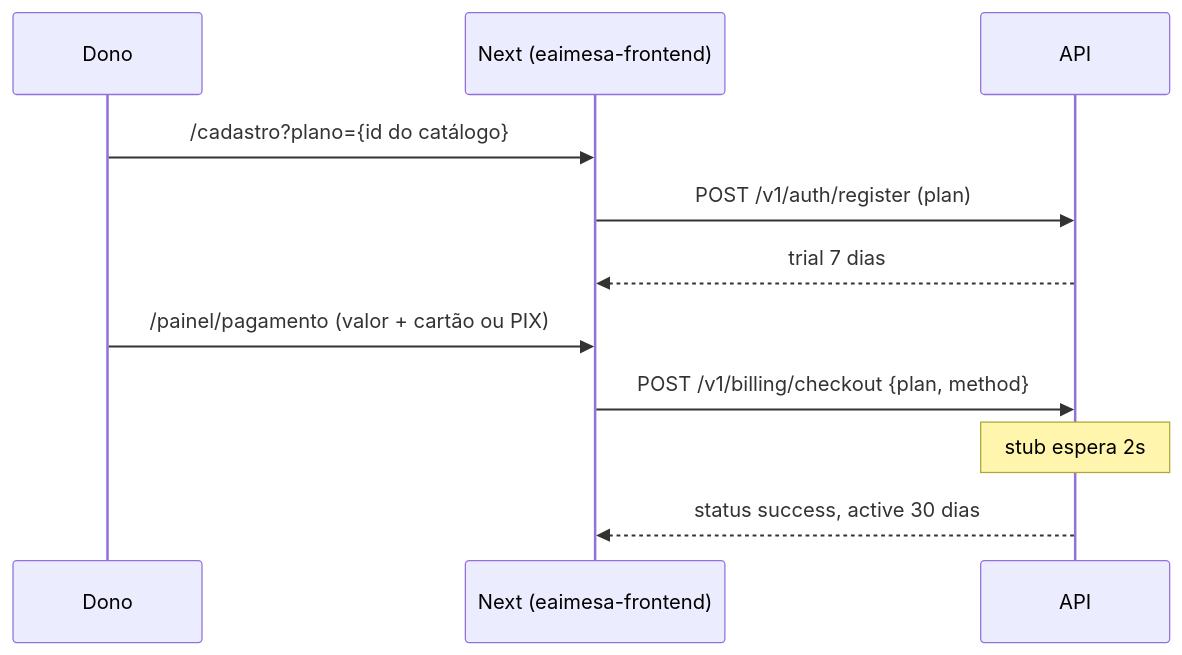
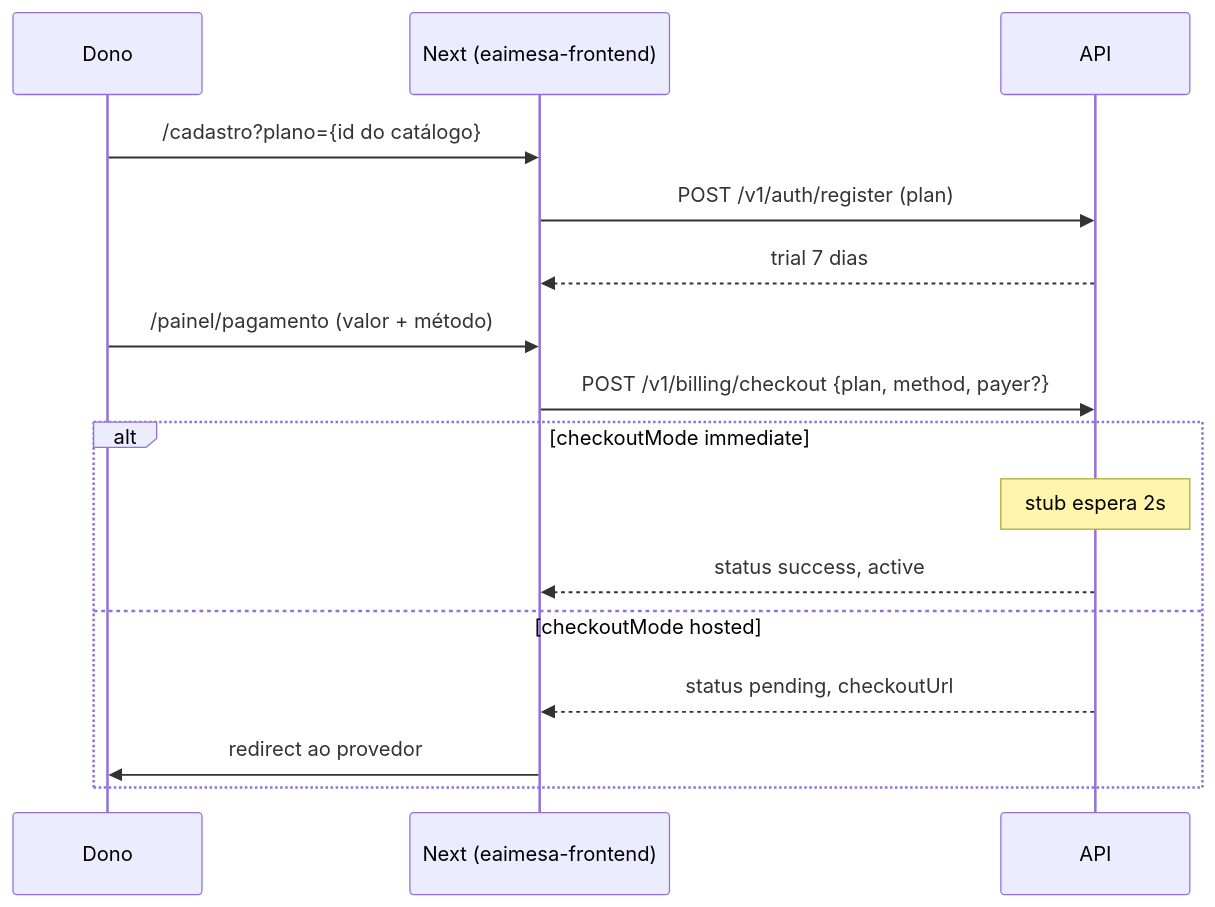
Before and after one commit to filiperamosds/eaimesa-frontend: the seventh of 7 diagrams in docs/product/fluxos.md, drawn with Mermaid. The commit also changed other lines of this file and 21 other files, not shown here.

First line of the commit message:
Add hosted Asaas checkout on the billing panel.

````diff
--- a/docs/product/fluxos.md
+++ b/docs/product/fluxos.md
@@ -171,14 +171,19 @@
 ```mermaid
 sequenceDiagram
   participant D as Dono
   participant W as Next (eaimesa-frontend)
   participant API as API
 
   D->>W: /cadastro?plano={id do catálogo}
   W->>API: POST /v1/auth/register (plan)
   API-->>W: trial 7 dias
-  D->>W: /painel/pagamento (valor + cartão ou PIX)
-  W->>API: POST /v1/billing/checkout {plan, method}
-  Note over API: stub espera 2s
-  API-->>W: status success, active 30 dias
+  D->>W: /painel/pagamento (valor + método)
+  W->>API: POST /v1/billing/checkout {plan, method, payer?}
+  alt checkoutMode immediate
+    Note over API: stub espera 2s
+    API-->>W: status success, active
+  else checkoutMode hosted
+    API-->>W: status pending, checkoutUrl
+    W->>D: redirect ao provedor
+  end
 ```
````
